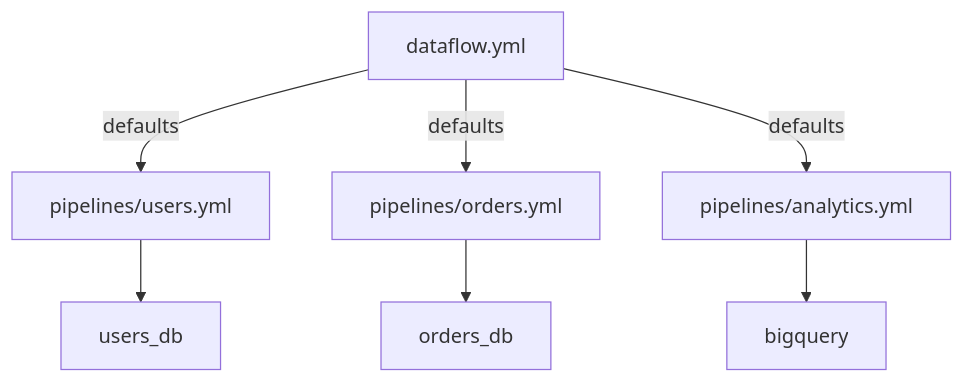
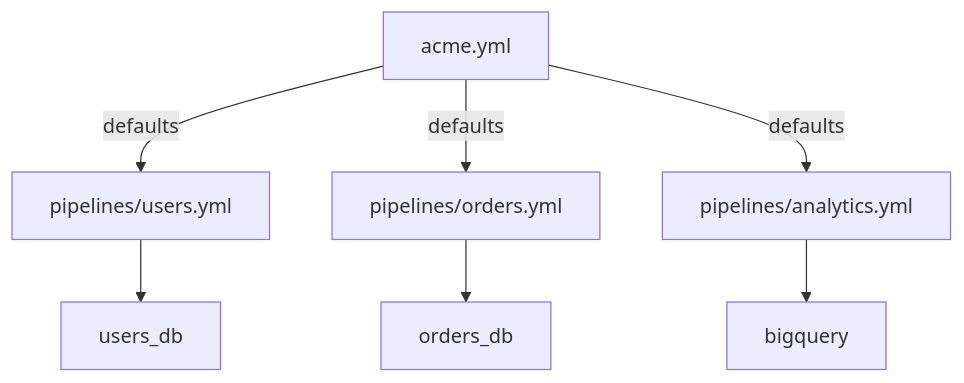
Before and after one commit to acme-saas/docs: the diagram in getting-started/project-structure.md, drawn with Mermaid. The commit also changed other lines of this file and 32 other files, not shown here.

````diff
--- a/getting-started/project-structure.md
+++ b/getting-started/project-structure.md
@@ -60,10 +60,10 @@
 ```mermaid
 graph TD
-    A[dataflow.yml] -->|defaults| B[pipelines/users.yml]
+    A[acme.yml] -->|defaults| B[pipelines/users.yml]
     A -->|defaults| C[pipelines/orders.yml]
     A -->|defaults| D[pipelines/analytics.yml]
 
     B --> E[users_db]
     C --> F[orders_db]
     D --> G[bigquery]
 ```
````
